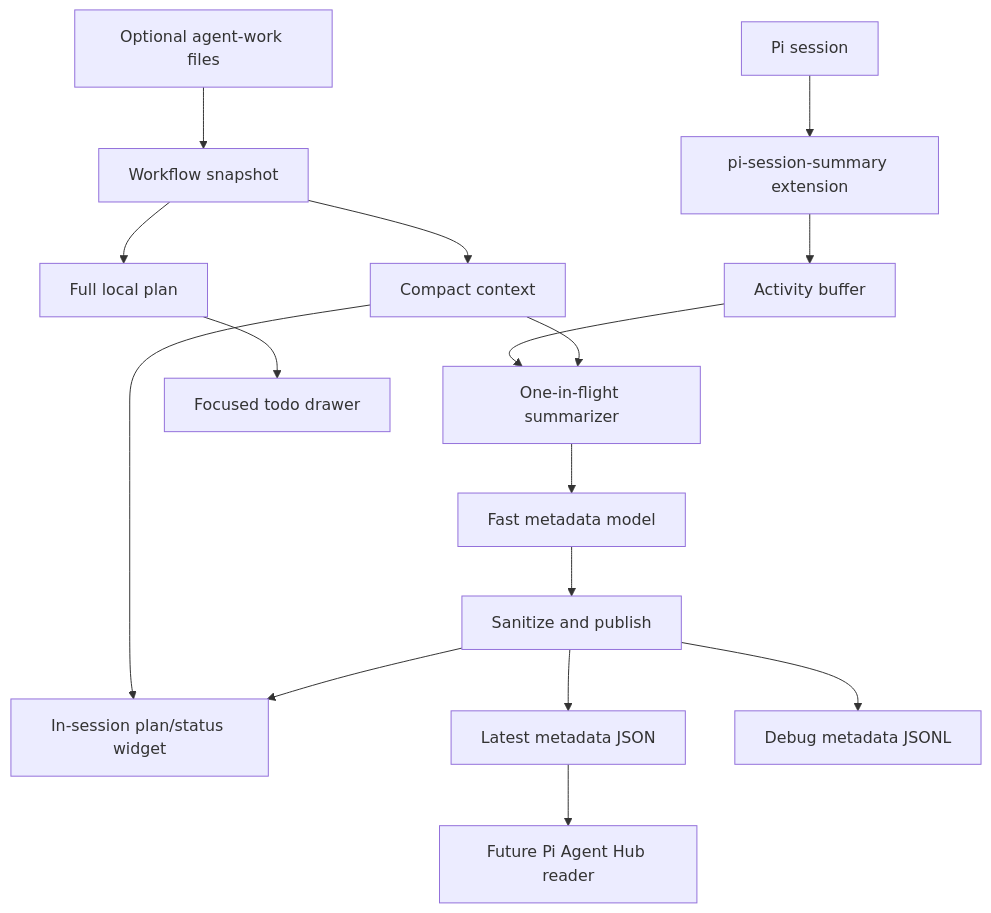
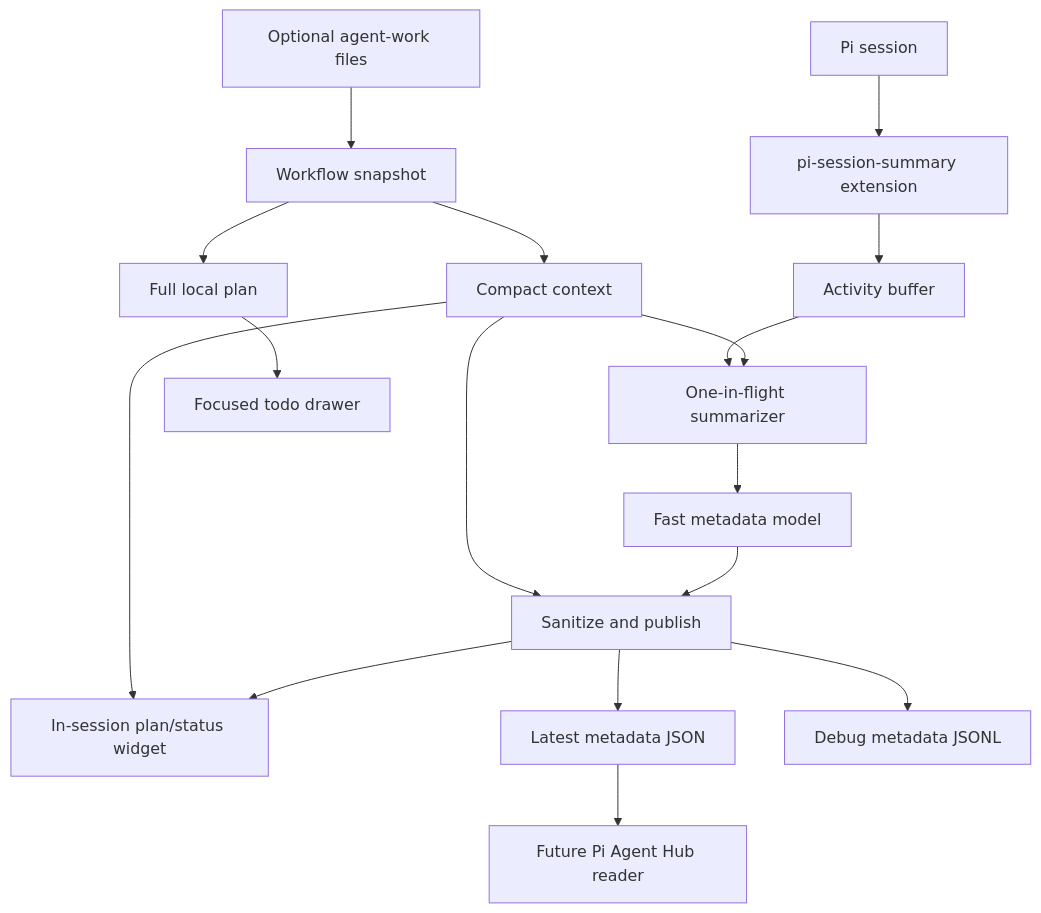
Before and after one commit to masta-g3/pi-session-summary: the diagram in docs/STRUCTURE.md, drawn with Mermaid. The commit also changed other lines of this file and 18 other files, not shown here.

````diff
--- a/docs/STRUCTURE.md
+++ b/docs/STRUCTURE.md
@@ -47,18 +47,19 @@
 ```mermaid
 flowchart TD
   Session[Pi session] --> Extension[pi-session-summary extension]
   Extension --> Activity[Activity buffer]
   Activity --> Scheduler[One-in-flight summarizer]
   Workflow[Optional agent-work files] --> Snapshot[Workflow snapshot]
   Snapshot --> Compact[Compact context]
   Snapshot --> Plan[Full local plan]
   Compact --> Scheduler
   Compact --> Widget[In-session plan/status widget]
+  Compact --> Publish
   Plan --> Drawer[Focused todo drawer]
   Scheduler --> Model[Fast metadata model]
   Model --> Publish[Sanitize and publish]
   Publish --> Widget
   Publish --> State[Latest metadata JSON]
   Publish --> History[Debug metadata JSONL]
   State --> Hub[Future Pi Agent Hub reader]
 ```
````
